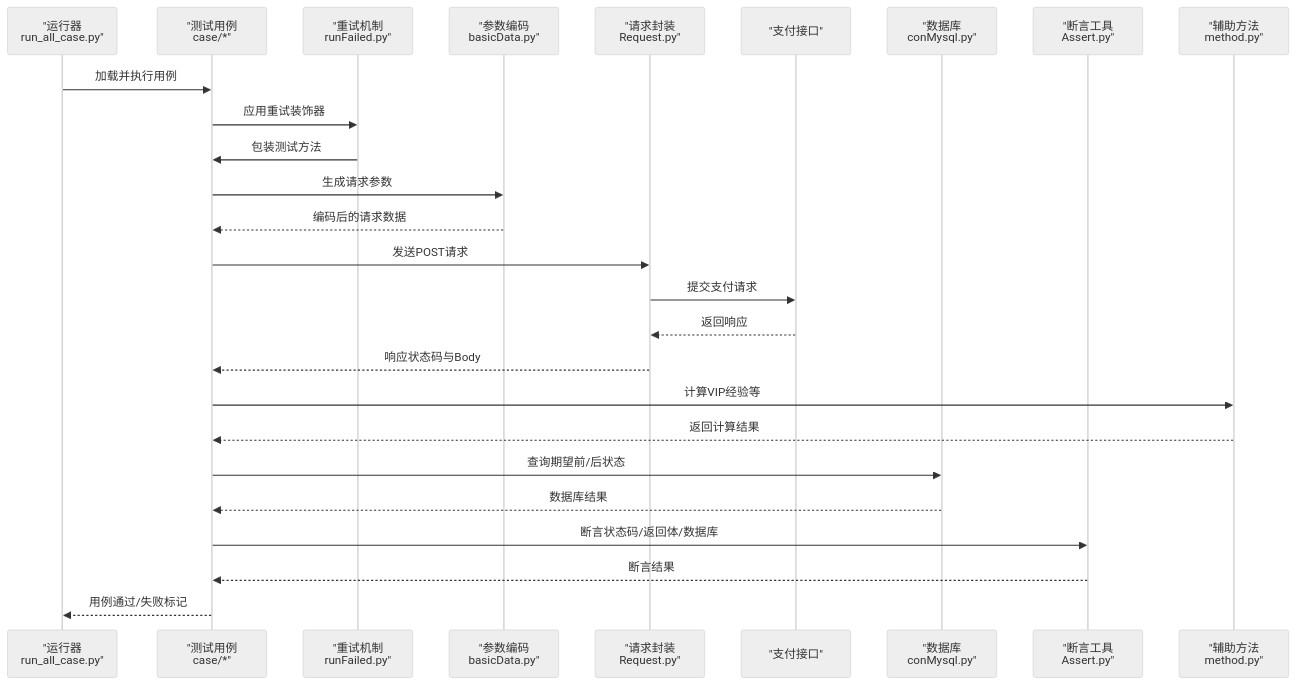
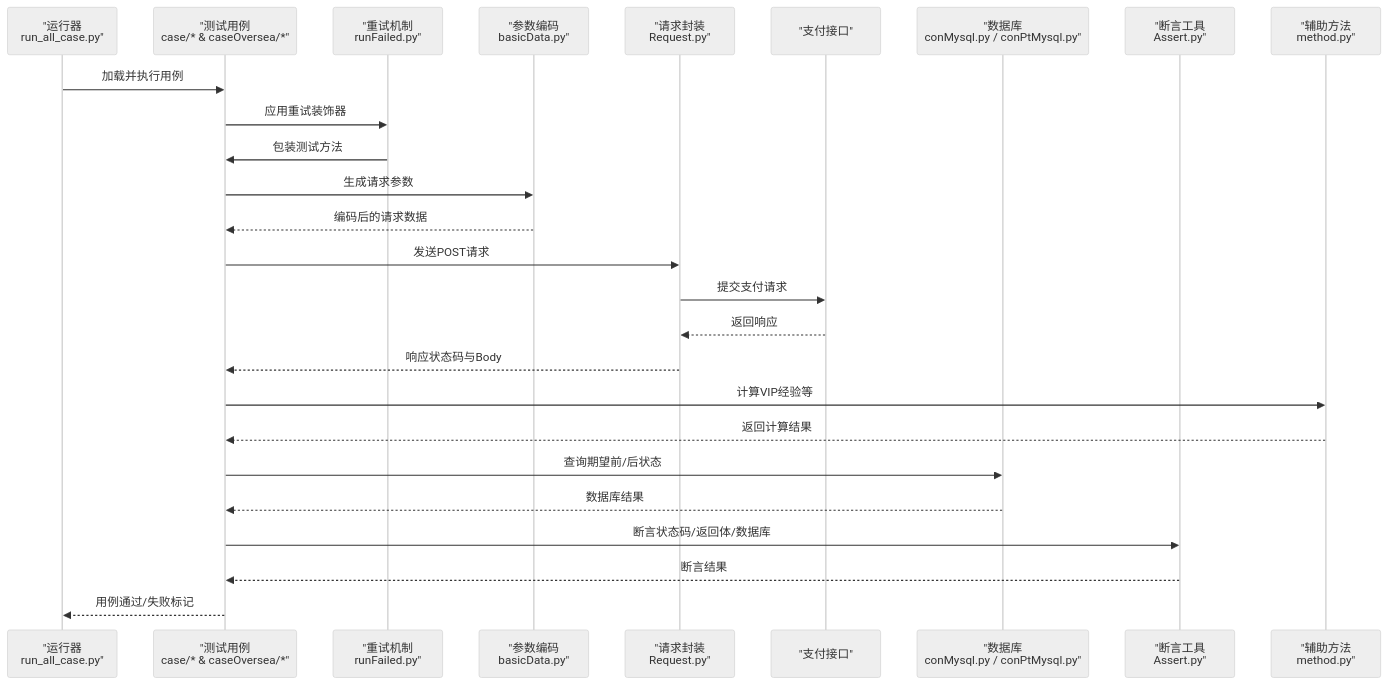
Before and after one commit to liximing1-ola/qa-payTest: the second of 6 diagrams in .qoder/repowiki/zh/content/支付测试用例/支付测试用例.md, drawn with Mermaid (neutral theme). The commit also changed other lines of this file and 3 other files, not shown here.

````diff
--- a/.qoder/repowiki/zh/content/支付测试用例/支付测试用例.md
+++ b/.qoder/repowiki/zh/content/支付测试用例/支付测试用例.md
@@ -109,28 +122,28 @@
 ```mermaid
 sequenceDiagram
 participant Runner as "运行器<br/>run_all_case.py"
-participant Case as "测试用例<br/>case/*"
+participant Case as "测试用例<br/>case/* & caseOversea/*"
 participant Retry as "重试机制<br/>runFailed.py"
 participant Encoder as "参数编码<br/>basicData.py"
 participant Req as "请求封装<br/>Request.py"
 participant API as "支付接口"
-participant DB as "数据库<br/>conMysql.py"
+participant DB as "数据库<br/>conMysql.py / conPtMysql.py"
 participant Assert as "断言工具<br/>Assert.py"
 participant Method as "辅助方法<br/>method.py"
 Runner->>Case : 加载并执行用例
 Case->>Retry : 应用重试装饰器
 Retry->>Case : 包装测试方法
 Case->>Encoder : 生成请求参数
 Encoder-->>Case : 编码后的请求数据
 Case->>Req : 发送POST请求
 Req->>API : 提交支付请求
 API-->>Req : 返回响应
 Req-->>Case : 响应状态码与Body
 Case->>Method : 计算VIP经验等
 Method-->>Case : 返回计算结果
 Case->>DB : 查询期望前/后状态
 DB-->>Case : 数据库结果
 Case->>Assert : 断言状态码/返回体/数据库
 Assert-->>Case : 断言结果
 Case-->>Runner : 用例通过/失败标记
 ```
````
